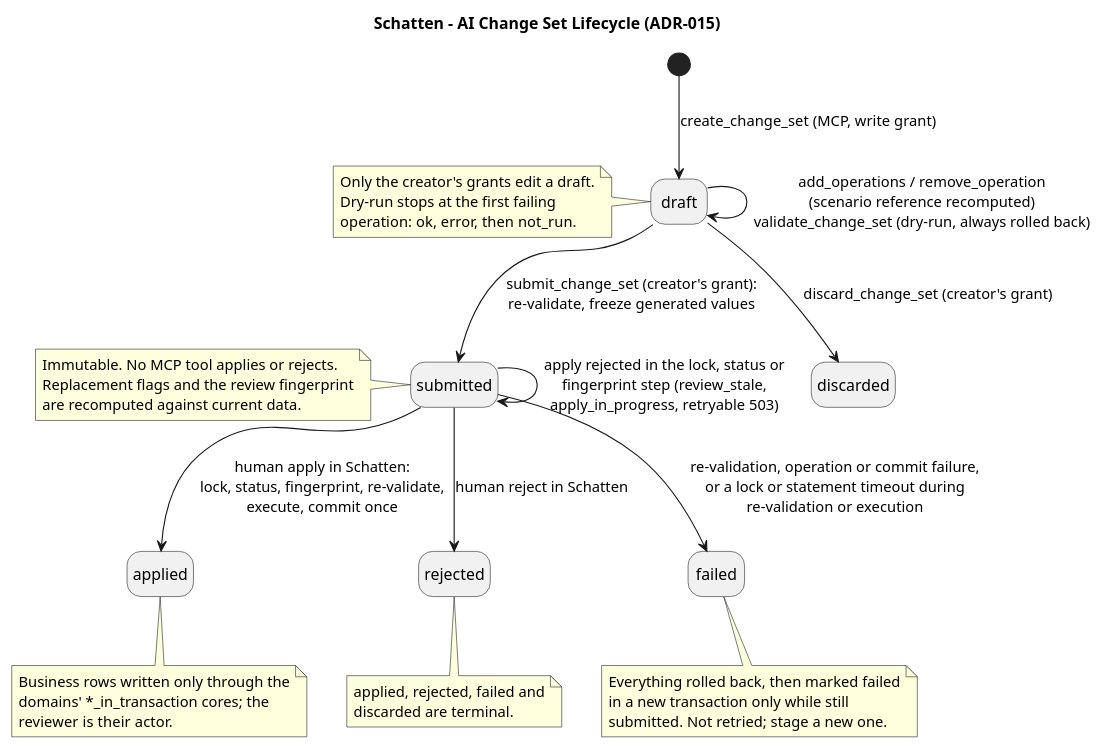
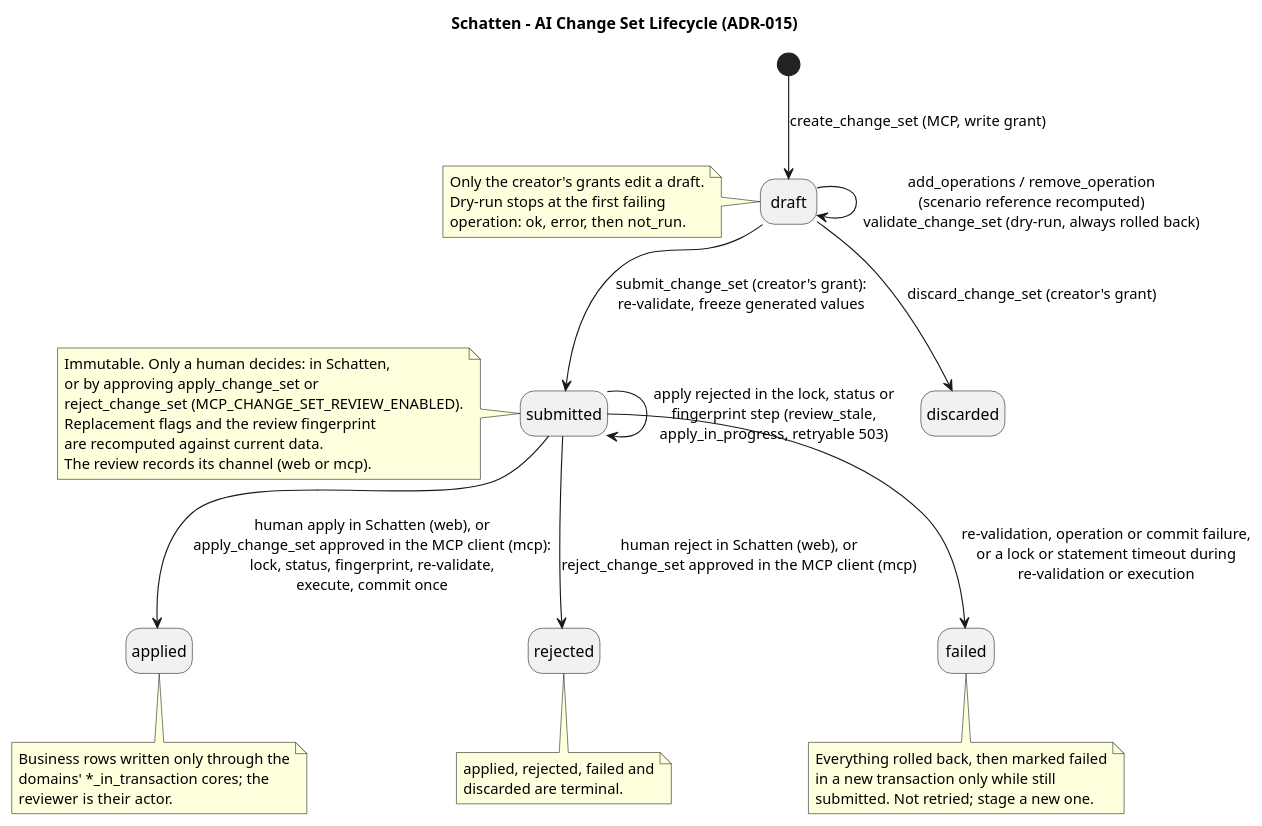
The diagram in docs/diagrams/state-ai-change-set.puml (lupaus-eu/shadow), drawn with PlantUML before and after one commit. The commit also changed 79 other files, not shown here.

First line of the commit message:
feature(MCP): mcp change set review (#122)

```diff
--- a/docs/diagrams/state-ai-change-set.puml
+++ b/docs/diagrams/state-ai-change-set.puml
@@ -1,44 +1,47 @@
 @startuml
 title Schatten - AI Change Set Lifecycle (ADR-015)
 
 hide empty description
 
 [*] --> draft : create_change_set (MCP, write grant)
 draft --> draft : add_operations / remove_operation\n(scenario reference recomputed)\nvalidate_change_set (dry-run, always rolled back)
 draft --> submitted : submit_change_set (creator's grant):\nre-validate, freeze generated values
 draft --> discarded : discard_change_set (creator's grant)
-submitted --> applied : human apply in Schatten:\nlock, status, fingerprint, re-validate,\nexecute, commit once
-submitted --> rejected : human reject in Schatten
+submitted --> applied : human apply in Schatten (web), or\napply_change_set approved in the MCP client (mcp):\nlock, status, fingerprint, re-validate,\nexecute, commit once
+submitted --> rejected : human reject in Schatten (web), or\nreject_change_set approved in the MCP client (mcp)
 submitted --> failed : re-validation, operation or commit failure,\nor a lock or statement timeout during\nre-validation or execution
 submitted --> submitted : apply rejected in the lock, status or\nfingerprint step (review_stale,\napply_in_progress, retryable 503)
 
 note left of draft
   Only the creator's grants edit a draft.
   Dry-run stops at the first failing
   operation: ok, error, then not_run.
 end note
 
 note left of submitted
-  Immutable. No MCP tool applies or rejects.
+  Immutable. Only a human decides: in Schatten,
+  or by approving apply_change_set or
+  reject_change_set (MCP_CHANGE_SET_REVIEW_ENABLED).
   Replacement flags and the review fingerprint
   are recomputed against current data.
+  The review records its channel (web or mcp).
 end note
 
 note bottom of applied
   Business rows written only through the
   domains' *_in_transaction cores; the
   reviewer is their actor.
 end note
 
 note bottom of failed
   Everything rolled back, then marked failed
   in a new transaction only while still
   submitted. Not retried; stage a new one.
 end note
 
 note bottom of rejected
   applied, rejected, failed and
   discarded are terminal.
 end note
 
 @enduml
```
